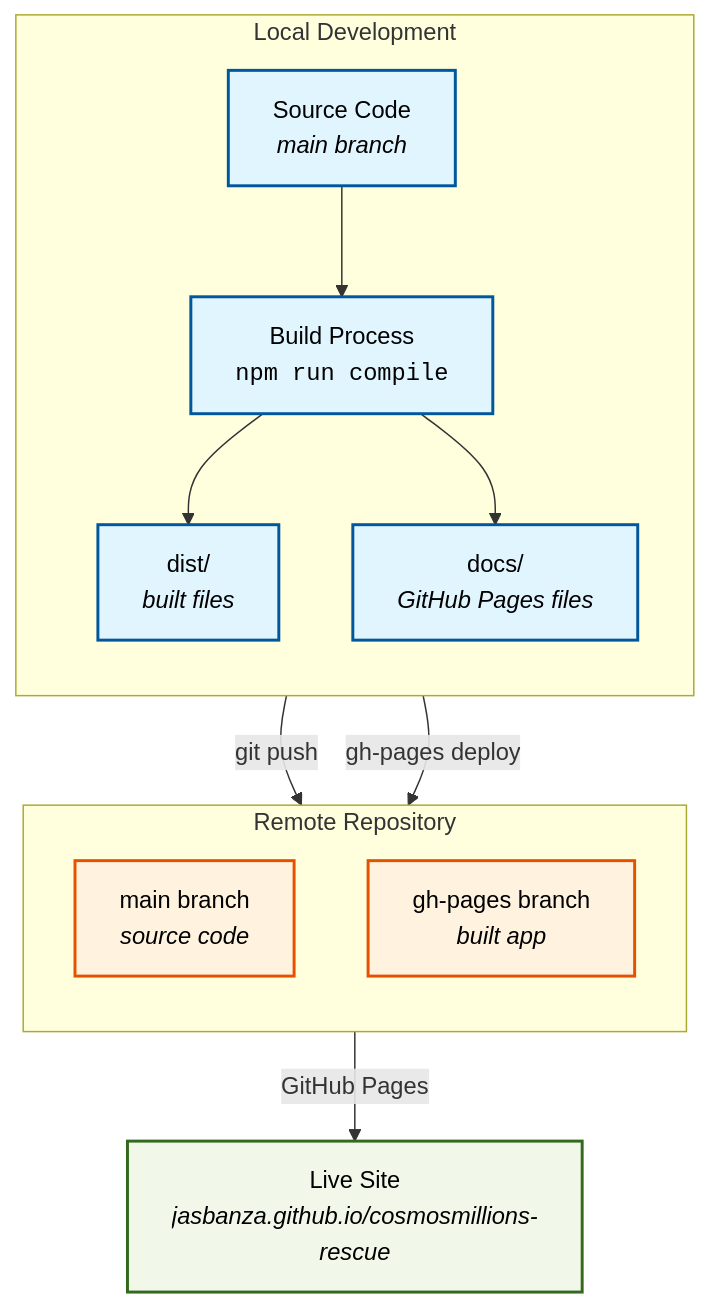
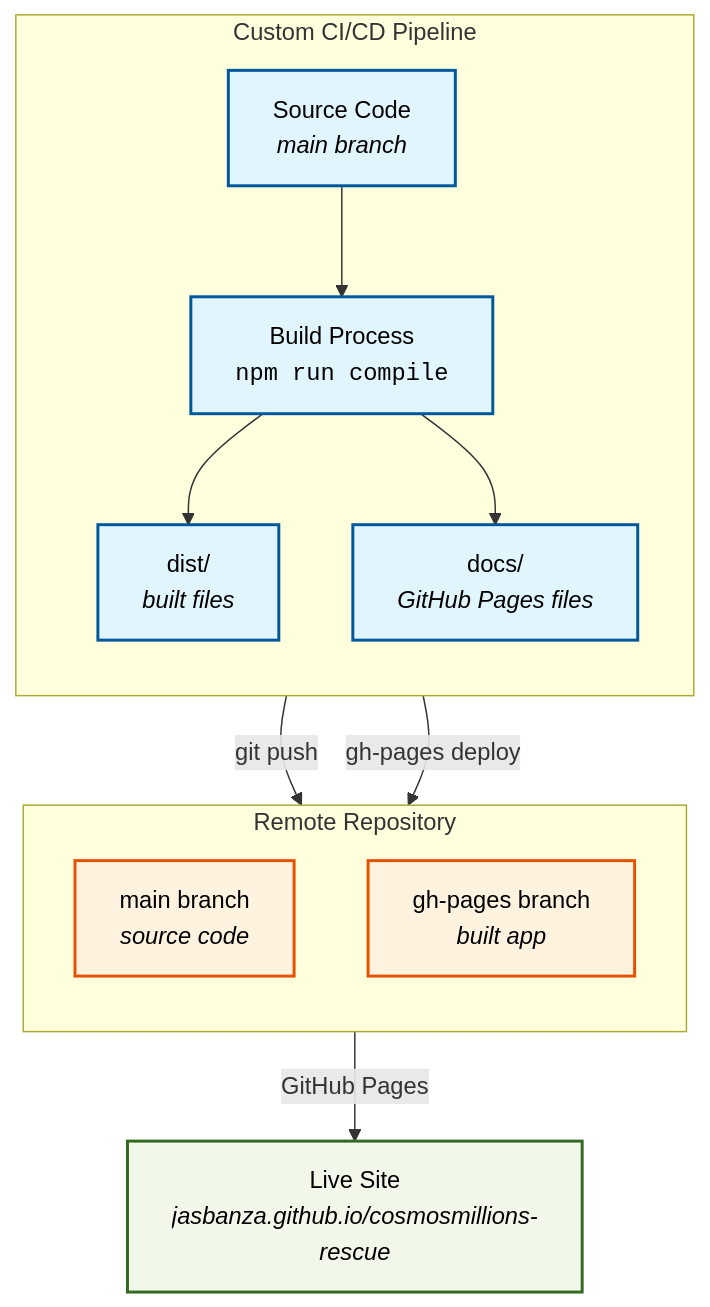
One commit to jasbanza/cosmosmillions-rescue changed the second of 2 diagrams in README.md. Above: the diagram before and after it, drawn with Mermaid. The commit also changed other lines of this file, not shown here.

````diff
--- a/README.md
+++ b/README.md
@@ -67,31 +116,31 @@
 ```mermaid
 graph TD
-    subgraph Local["Local Development"]
+    subgraph Local["Custom CI/CD Pipeline"]
         direction TB
         Source["Source Code<br/><i>main branch</i>"]
         Build["Build Process<br/><code>npm run compile</code>"]
         Dist["dist/<br/><i>built files</i>"]
         Docs["docs/<br/><i>GitHub Pages files</i>"]
     end
     
     subgraph Remote["Remote Repository"]
         direction TB
         Main["main branch<br/><i>source code</i>"]
         GHPages["gh-pages branch<br/><i>built app</i>"]
     end
     
     Source --> Build
     Build --> Dist
     Build --> Docs
     Source -->|"git push"| Main
     Docs -->|"gh-pages deploy"| GHPages
     GHPages -->|"GitHub Pages"| Live["Live Site<br/><i>jasbanza.github.io/cosmosmillions-rescue</i>"]
 
     classDef local fill:#e1f5fe,stroke:#01579b,stroke-width:2px,color:#000
     classDef remote fill:#fff3e0,stroke:#e65100,stroke-width:2px,color:#000
     classDef site fill:#f1f8e9,stroke:#33691e,stroke-width:2px,color:#000
     
     class Source,Build,Dist,Docs local
     class Main,GHPages remote
     class Live site
 ```
````
